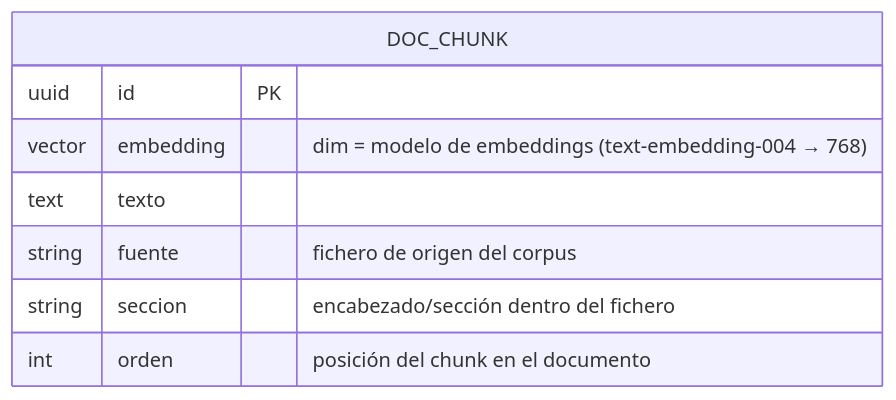
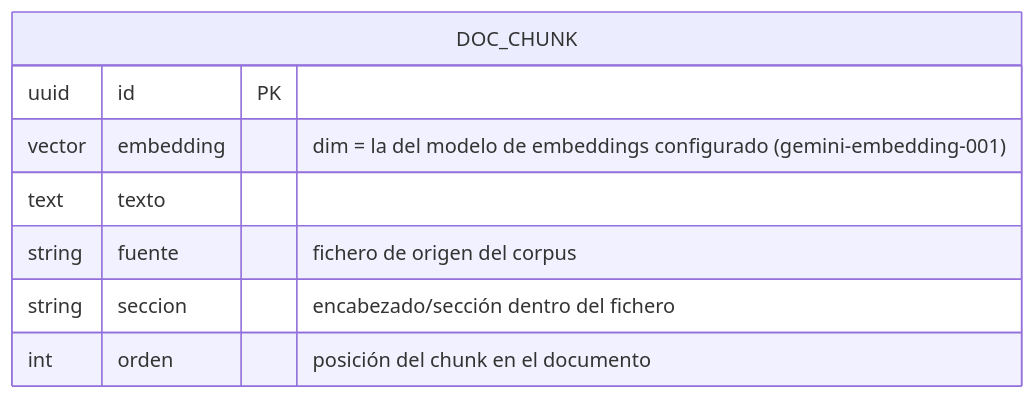
The diagram in autoops/docs/arquitectura/05-contratos-api-datos.md (mikel0ne/ai-platform-portfolio), drawn with Mermaid before and after one commit. The commit also changed other lines of this file and 6 other files, not shown here.

Commit message:
docs(autoops): align architecture docs with the code (embeddings, weaviate, packages, roadmap)

````diff
--- a/autoops/docs/arquitectura/05-contratos-api-datos.md
+++ b/autoops/docs/arquitectura/05-contratos-api-datos.md
@@ -124,11 +124,11 @@
 ```mermaid
 erDiagram
     DOC_CHUNK {
         uuid   id PK
-        vector embedding "dim = modelo de embeddings (text-embedding-004 → 768)"
+        vector embedding "dim = la del modelo de embeddings configurado (gemini-embedding-001)"
         text   texto
         string fuente "fichero de origen del corpus"
         string seccion "encabezado/sección dentro del fichero"
         int    orden "posición del chunk en el documento"
     }
 ```
````
